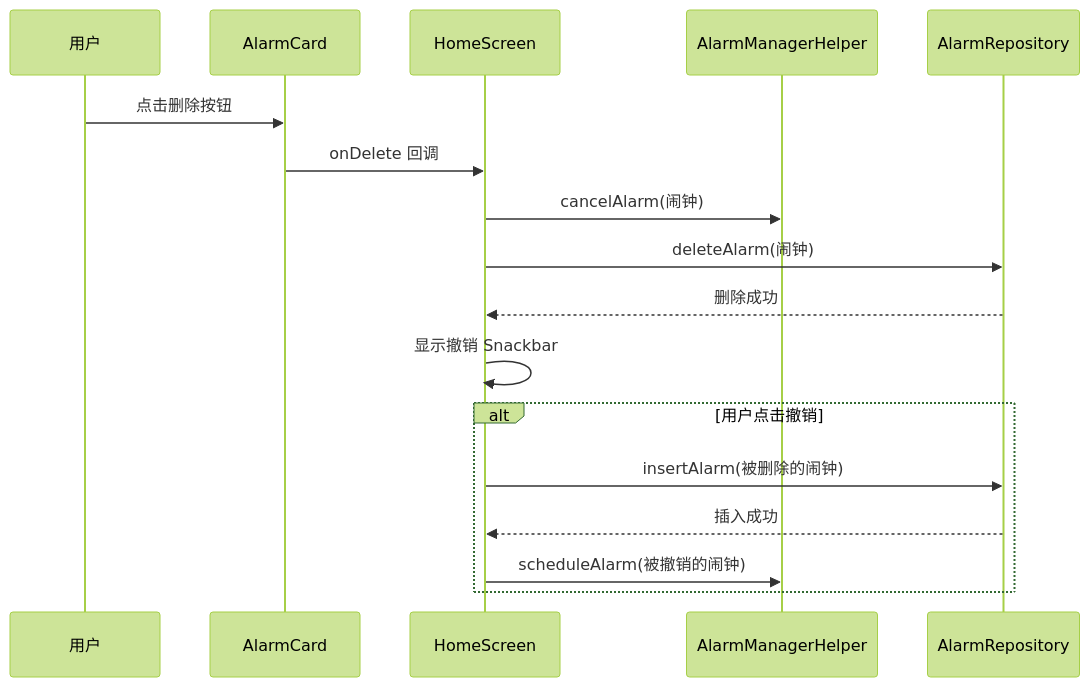
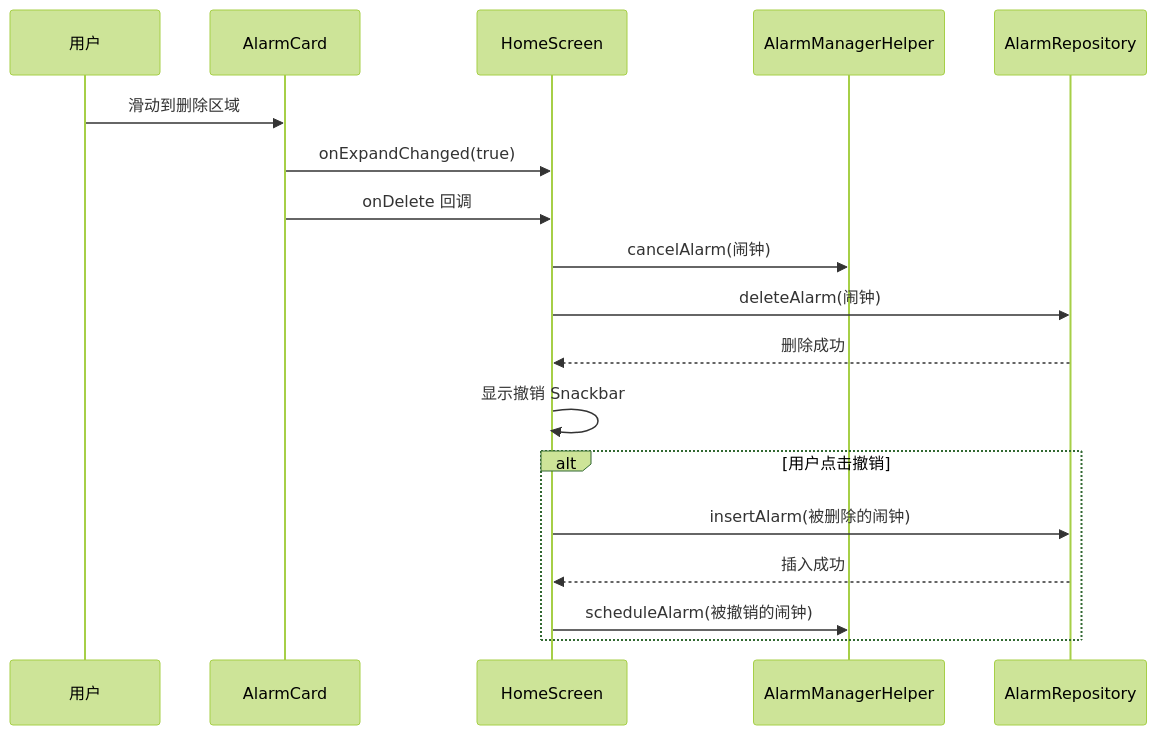
One commit to snuabar/Clock changed the fifth of 7 diagrams in .qoder/repowiki/zh/content/UI组件/AlarmCard 闹钟卡片.md. Above: the diagram before and after it, drawn with Mermaid (forest theme). The commit also changed other lines of this file and 3 other files, not shown here.

````diff
--- a/.qoder/repowiki/zh/content/UI组件/AlarmCard 闹钟卡片.md
+++ b/.qoder/repowiki/zh/content/UI组件/AlarmCard 闹钟卡片.md
@@ -264,19 +307,20 @@
 ```mermaid
 sequenceDiagram
 participant User as 用户
 participant AC as AlarmCard
 participant HS as HomeScreen
 participant AMH as AlarmManagerHelper
 participant AR as AlarmRepository
-User->>AC : 点击删除按钮
+User->>AC : 滑动到删除区域
+AC->>HS : onExpandChanged(true)
 AC->>HS : onDelete 回调
 HS->>AMH : cancelAlarm(闹钟)
 HS->>AR : deleteAlarm(闹钟)
 AR-->>HS : 删除成功
 HS->>HS : 显示撤销 Snackbar
 alt 用户点击撤销
 HS->>AR : insertAlarm(被删除的闹钟)
 AR-->>HS : 插入成功
 HS->>AMH : scheduleAlarm(被撤销的闹钟)
 end
 ```
````
